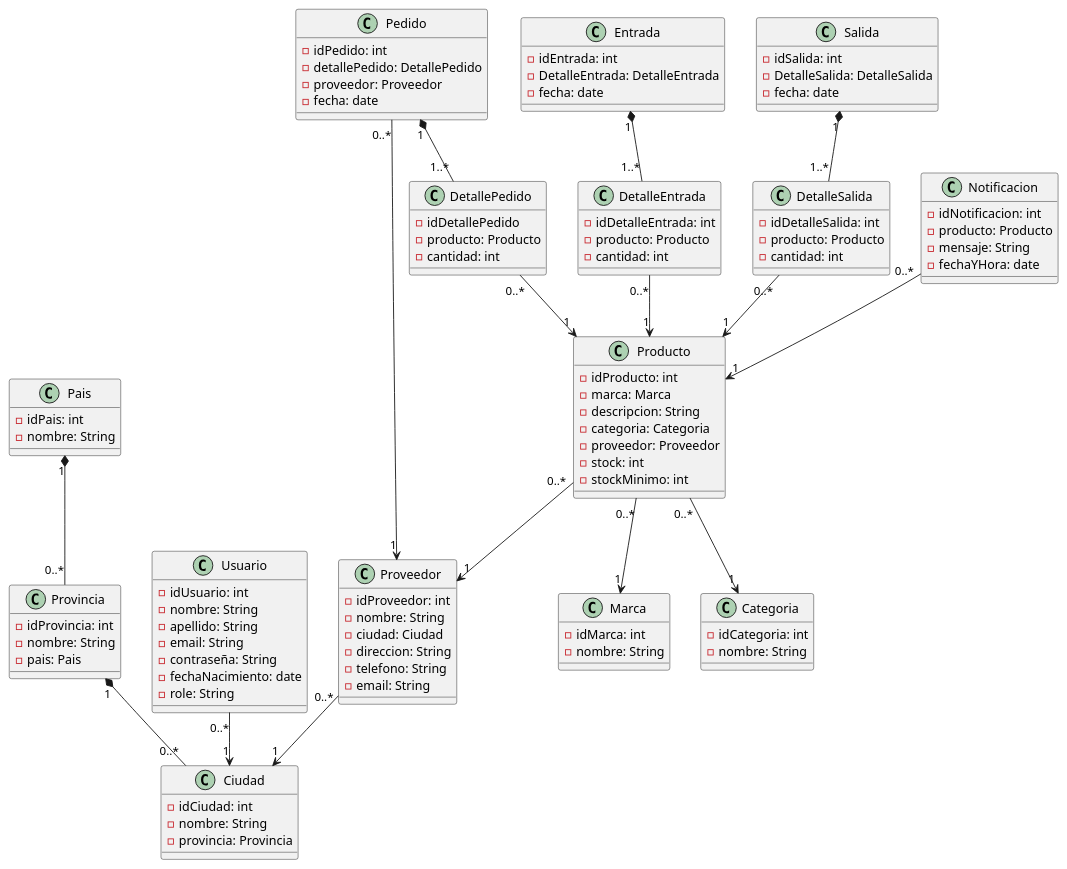
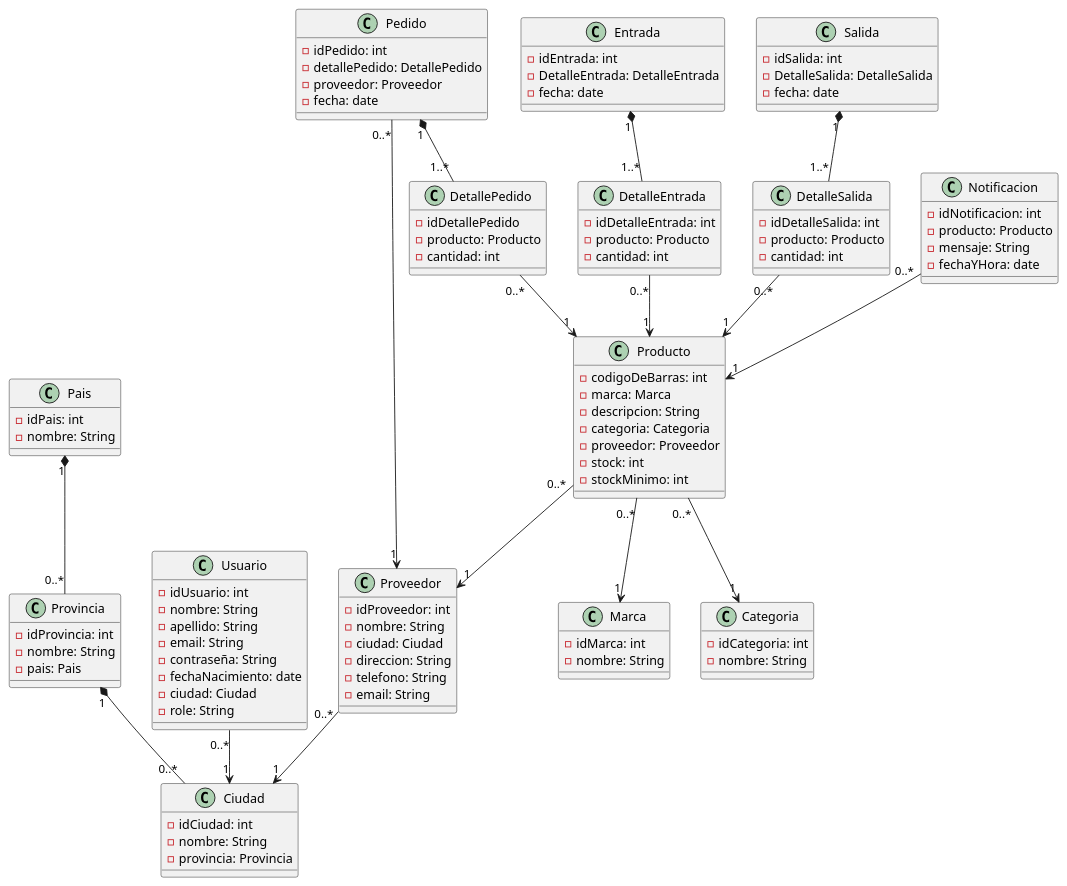
The diagram in Diagramas/Diagrama de clases.puml (MartinCostamagna/ControlDeStock), drawn with PlantUML before and after one commit. The commit also changed 30 other files, not shown here.

Commit message:
Cambio Person por Usuario y Arreglo diagramas

```diff
--- a/Diagramas/Diagrama de clases.puml
+++ b/Diagramas/Diagrama de clases.puml
@@ -1,119 +1,120 @@
 @startuml Diagrama de Clases
 
 class Producto{
-    -idProducto: int
+    -codigoDeBarras: int
     -marca: Marca
     -descripcion: String
     -categoria: Categoria
     -proveedor: Proveedor
     -stock: int
     -stockMinimo: int
 }
 
 class Marca{
     -idMarca: int
     -nombre: String
 }
 
 class Categoria{
     -idCategoria: int
     -nombre: String
 }
 
 class Proveedor{
     -idProveedor: int
     -nombre: String
     -ciudad: Ciudad
     -direccion: String
     -telefono: String
     -email: String
 }
 
 class Ciudad{
     -idCiudad: int
     -nombre: String
     -provincia: Provincia
 }
 
 class Provincia{
     -idProvincia: int
     -nombre: String
     -pais: Pais
 }
 
 class Pais{
     -idPais: int
     -nombre: String
 }
 
 class Pedido{
     -idPedido: int
     -detallePedido: DetallePedido
     -proveedor: Proveedor
     -fecha: date
 }
 
 class DetallePedido{
     -idDetallePedido
     -producto: Producto
     -cantidad: int
 }
 
 class Entrada {
     -idEntrada: int
     -DetalleEntrada: DetalleEntrada
     -fecha: date
 }
 
 class DetalleEntrada{
     -idDetalleEntrada: int
     -producto: Producto
     -cantidad: int
 }
 
 class Salida{
     -idSalida: int
     -DetalleSalida: DetalleSalida 
     -fecha: date
 }
 
 class DetalleSalida{
     -idDetalleSalida: int
     -producto: Producto
     -cantidad: int
 }
 
 class Notificacion{
     -idNotificacion: int
     -producto: Producto
     -mensaje: String
     -fechaYHora: date
 }
 
 class Usuario{
     -idUsuario: int
     -nombre: String
     -apellido: String
     -email: String
     -contraseña: String
     -fechaNacimiento: date
+    -ciudad: Ciudad
     -role: String
 }
 
 Producto "0..*" --> "1" Marca
 Producto "0..*" --> "1" Categoria
 Producto "0..*" --> "1" Proveedor
 Proveedor "0..*" --> "1" Ciudad
 Pais "1" *-- "0..*" Provincia
 Provincia "1" *-- "0..*" Ciudad
 Pedido "1" *-- "1..*" DetallePedido
 Pedido "0..*" --> "1" Proveedor
 DetallePedido "0..*" --> "1" Producto
 Entrada "1" *-- "1..*" DetalleEntrada
 DetalleEntrada "0..*" --> "1" Producto
 Salida "1" *-- "1..*" DetalleSalida
 DetalleSalida "0..*" --> "1" Producto
 Notificacion "0..*" --> "1" Producto
 Usuario "0..*" --> "1" Ciudad
 
 @enduml
```
